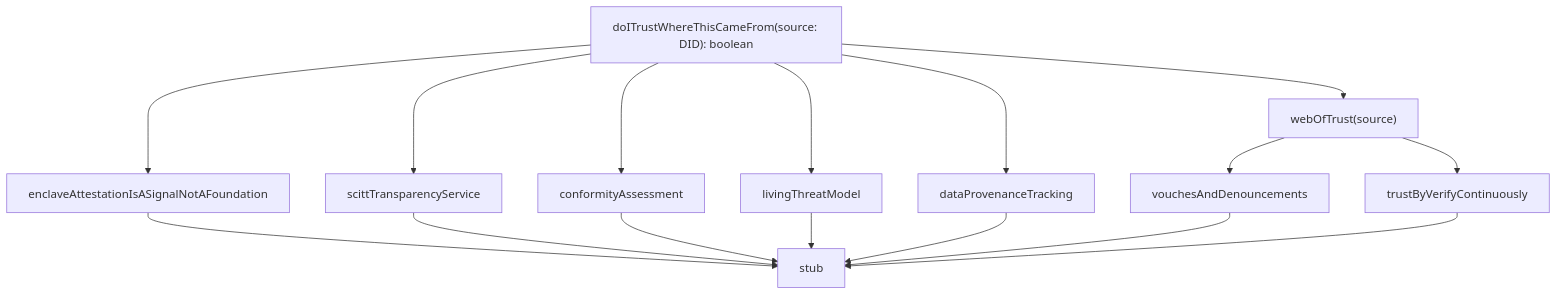
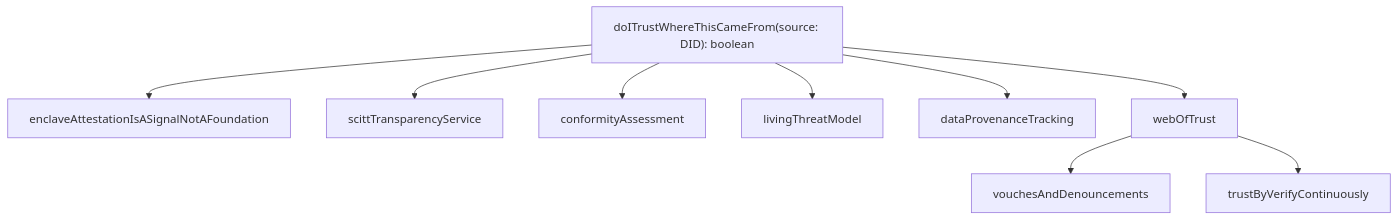
One commit to publicdomainrelay/open-architecture changed the third of 10 diagrams in ARCHITECTURE_REPORT.md. Above: the diagram before and after it, drawn with Mermaid. The commit also changed other lines of this file and 2 other files, not shown here.

````diff
--- a/ARCHITECTURE_REPORT.md
+++ b/ARCHITECTURE_REPORT.md
@@ -211,19 +194,12 @@
 ```mermaid
 graph TD
   doITrustWhereThisCameFrom["doITrustWhereThisCameFrom(source: DID): boolean"]
-  doITrustWhereThisCameFrom --> enclave
-  doITrustWhereThisCameFrom --> scitt
-  doITrustWhereThisCameFrom --> conformity
-  doITrustWhereThisCameFrom --> threatModel
-  doITrustWhereThisCameFrom --> provenance
-  doITrustWhereThisCameFrom --> wot["webOfTrust(source)"]
-  wot --> vouches
-  wot --> trustContinuous
-  enclave["enclaveAttestationIsASignalNotAFoundation"] --> stub
-  scitt["scittTransparencyService"] --> stub
-  conformity["conformityAssessment"] --> stub
-  threatModel["livingThreatModel"] --> stub
-  provenance["dataProvenanceTracking"] --> stub
-  vouches["vouchesAndDenouncements"] --> stub
-  trustContinuous["trustByVerifyContinuously"] --> stub
+  doITrustWhereThisCameFrom --> eisnf[enclaveAttestationIsASignalNotAFoundation]
+  doITrustWhereThisCameFrom --> sts[scittTransparencyService]
+  doITrustWhereThisCameFrom --> ca[conformityAssessment]
+  doITrustWhereThisCameFrom --> ltm[livingThreatModel]
+  doITrustWhereThisCameFrom --> dpt[dataProvenanceTracking]
+  doITrustWhereThisCameFrom --> wot[webOfTrust]
+  wot --> vad[vouchesAndDenouncements]
+  wot --> tbvc[trustByVerifyContinuously]
 ```
````
